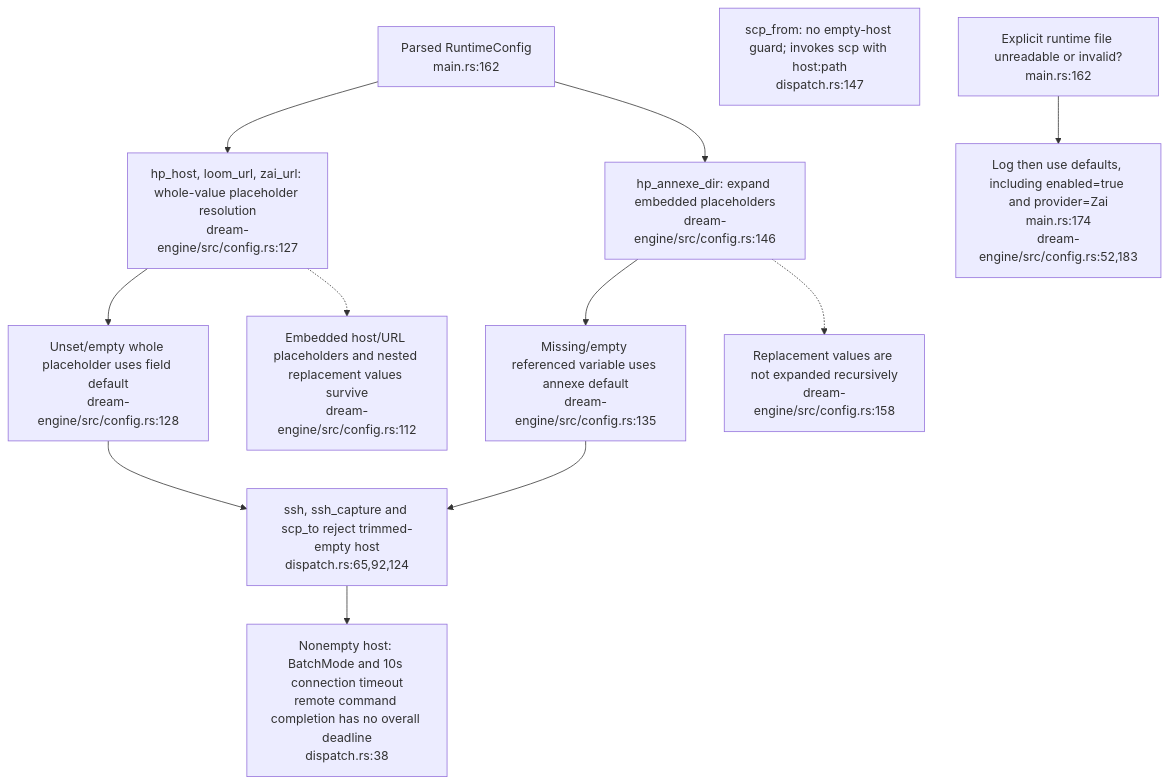
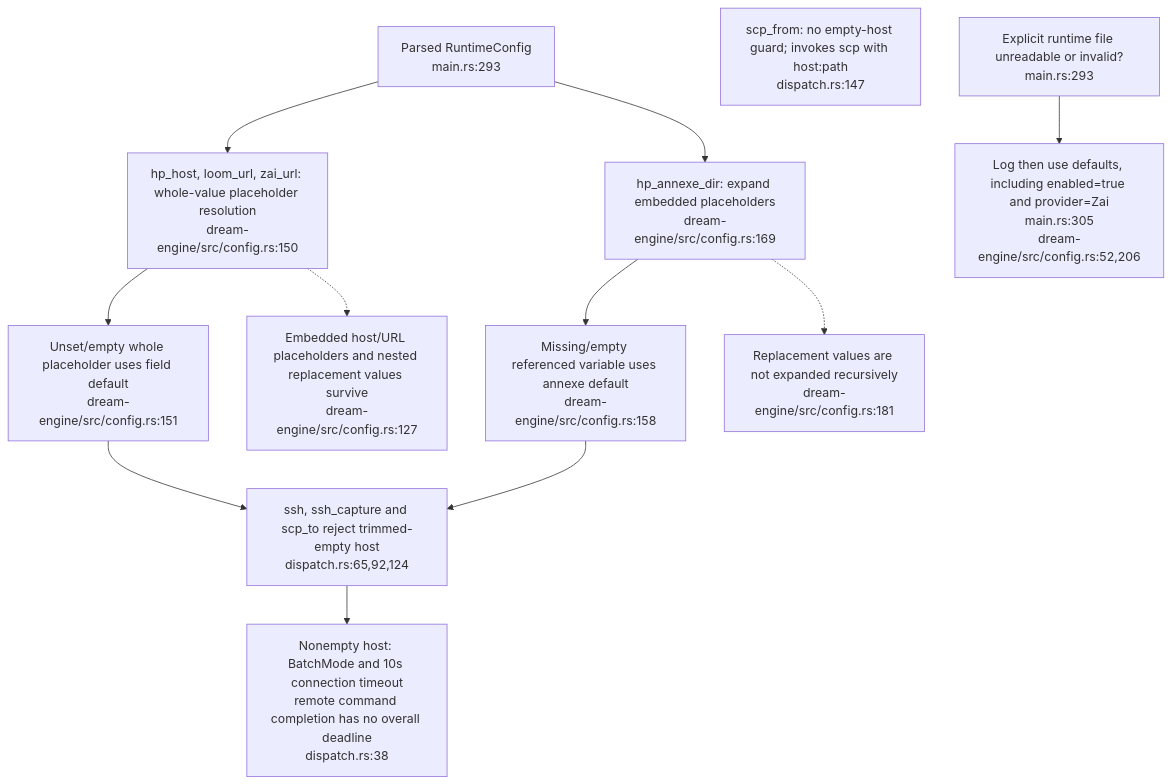
Before and after one commit to DreamLab-AI/VisionFlow: diagram 16 of 24 in docs/diagrams/agentbox/23-dream-engine.md, drawn with Mermaid. The commit also changed other lines of this file, not shown here.

First line of the commit message:
docs(diagrams): re-stamp AB-23 dream engine at agentbox 720e0d896 and dream-engine b40d507

````diff
--- a/docs/diagrams/agentbox/23-dream-engine.md
+++ b/docs/diagrams/agentbox/23-dream-engine.md
@@ -486,16 +486,16 @@
 ```mermaid
 flowchart TB
-    INPUT["Parsed RuntimeConfig<br/>main.rs:162"]
-    INPUT --> WHOLE["hp_host, loom_url, zai_url: whole-value placeholder resolution<br/>dream-engine/src/config.rs:127"]
-    INPUT --> INFIX["hp_annexe_dir: expand embedded placeholders<br/>dream-engine/src/config.rs:146"]
-    WHOLE --> DEFAULT["Unset/empty whole placeholder uses field default<br/>dream-engine/src/config.rs:128"]
-    INFIX --> DEFAULT2["Missing/empty referenced variable uses annexe default<br/>dream-engine/src/config.rs:135"]
-    WHOLE -.-> REMAIN["Embedded host/URL placeholders and nested replacement values survive<br/>dream-engine/src/config.rs:112"]
-    INFIX -.-> NESTED["Replacement values are not expanded recursively<br/>dream-engine/src/config.rs:158"]
+    INPUT["Parsed RuntimeConfig<br/>main.rs:293"]
+    INPUT --> WHOLE["hp_host, loom_url, zai_url: whole-value placeholder resolution<br/>dream-engine/src/config.rs:150"]
+    INPUT --> INFIX["hp_annexe_dir: expand embedded placeholders<br/>dream-engine/src/config.rs:169"]
+    WHOLE --> DEFAULT["Unset/empty whole placeholder uses field default<br/>dream-engine/src/config.rs:151"]
+    INFIX --> DEFAULT2["Missing/empty referenced variable uses annexe default<br/>dream-engine/src/config.rs:158"]
+    WHOLE -.-> REMAIN["Embedded host/URL placeholders and nested replacement values survive<br/>dream-engine/src/config.rs:127"]
+    INFIX -.-> NESTED["Replacement values are not expanded recursively<br/>dream-engine/src/config.rs:181"]
     DEFAULT --> GUARD["ssh, ssh_capture and scp_to reject trimmed-empty host<br/>dispatch.rs:65,92,124"]
     DEFAULT2 --> GUARD
     GUARD --> EXEC["Nonempty host: BatchMode and 10s connection timeout<br/>remote command completion has no overall deadline<br/>dispatch.rs:38"]
     FROM["scp_from: no empty-host guard; invokes scp with host:path<br/>dispatch.rs:147"]
-    BAD["Explicit runtime file unreadable or invalid?<br/>main.rs:162"]
-    BAD --> FALL["Log then use defaults, including enabled=true and provider=Zai<br/>main.rs:174<br/>dream-engine/src/config.rs:52,183"]
+    BAD["Explicit runtime file unreadable or invalid?<br/>main.rs:293"]
+    BAD --> FALL["Log then use defaults, including enabled=true and provider=Zai<br/>main.rs:305<br/>dream-engine/src/config.rs:52,206"]
 ```
````
